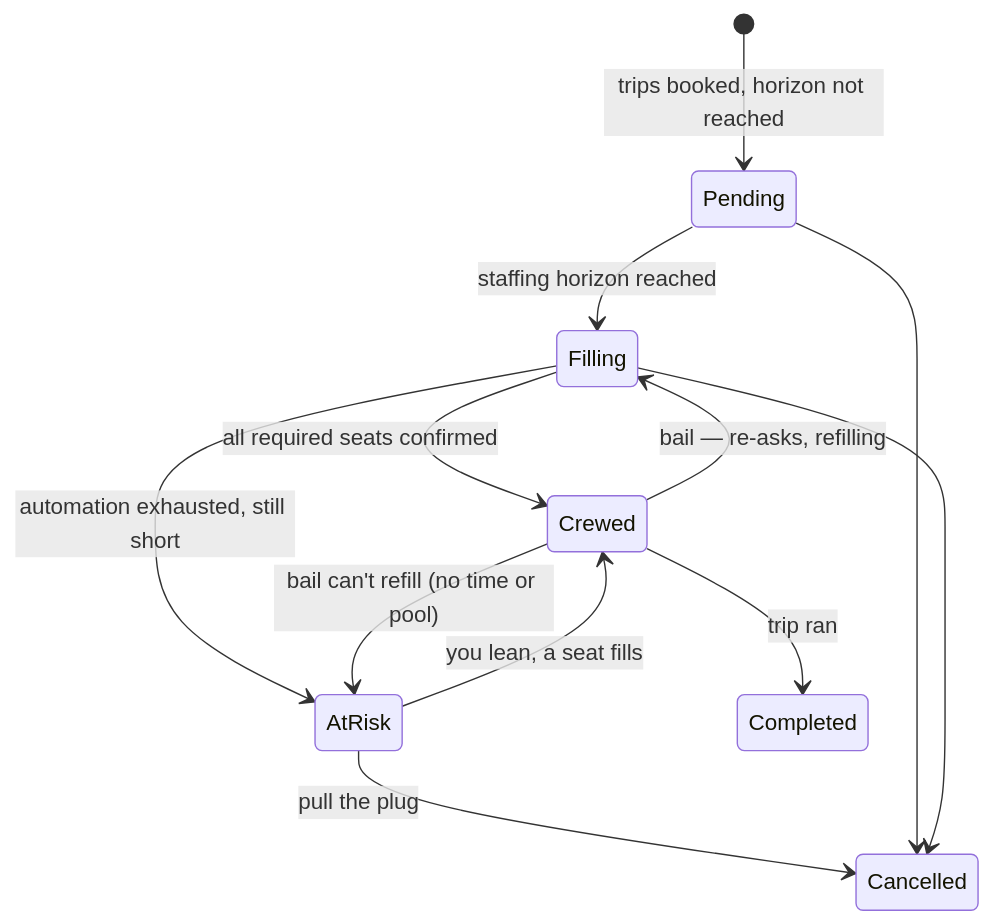
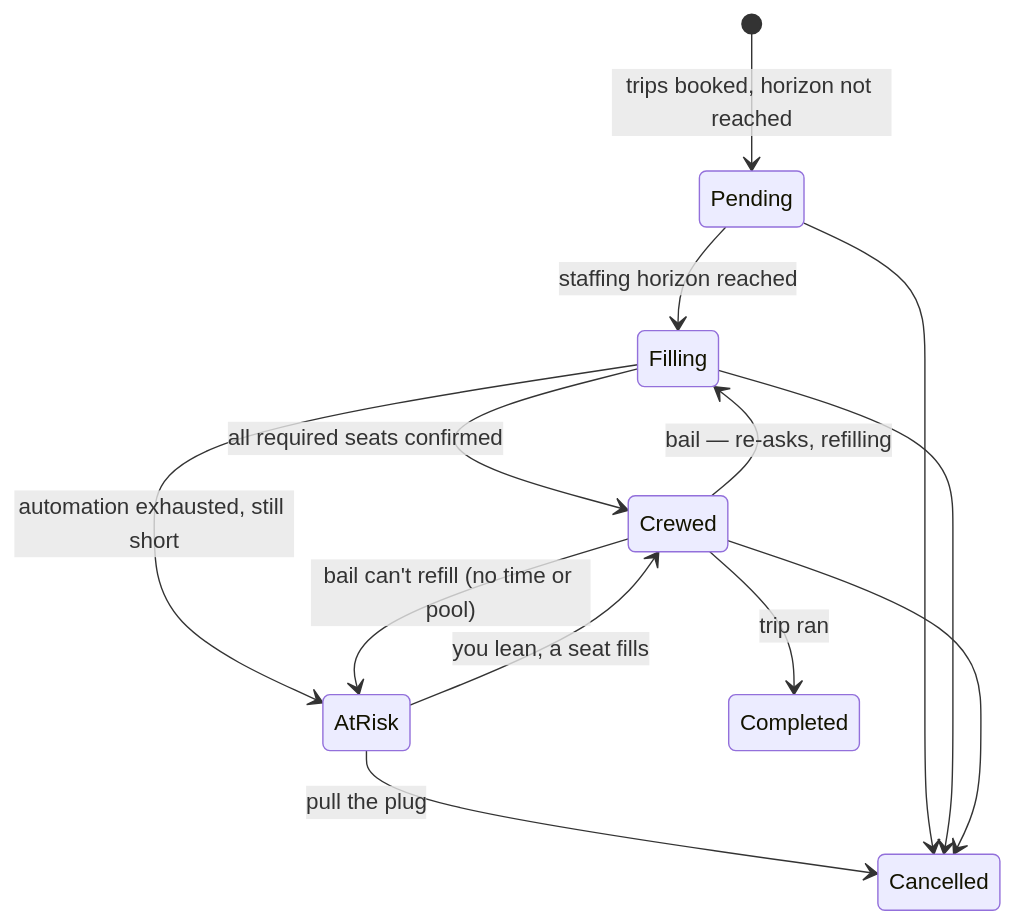
One commit to mobiustripper42/muster changed the second of 3 diagrams in docs/OPERATOR_MANUAL.md. Above: the diagram before and after it, drawn with Mermaid. The commit also changed other lines of this file and 3 other files, not shown here.

````diff
--- a/docs/OPERATOR_MANUAL.md
+++ b/docs/OPERATOR_MANUAL.md
@@ -304,14 +311,15 @@
 ```mermaid
 stateDiagram-v2
   [*] --> Pending: trips booked, horizon not reached
   Pending --> Filling: staffing horizon reached
   Filling --> Crewed: all required seats confirmed
   Filling --> AtRisk: automation exhausted, still short
   Crewed --> Filling: bail — re-asks, refilling
   Crewed --> AtRisk: bail can't refill (no time or pool)
   AtRisk --> Crewed: you lean, a seat fills
   AtRisk --> Cancelled: pull the plug
   Crewed --> Completed: trip ran
   Pending --> Cancelled
   Filling --> Cancelled
+  Crewed --> Cancelled
 ```
````
